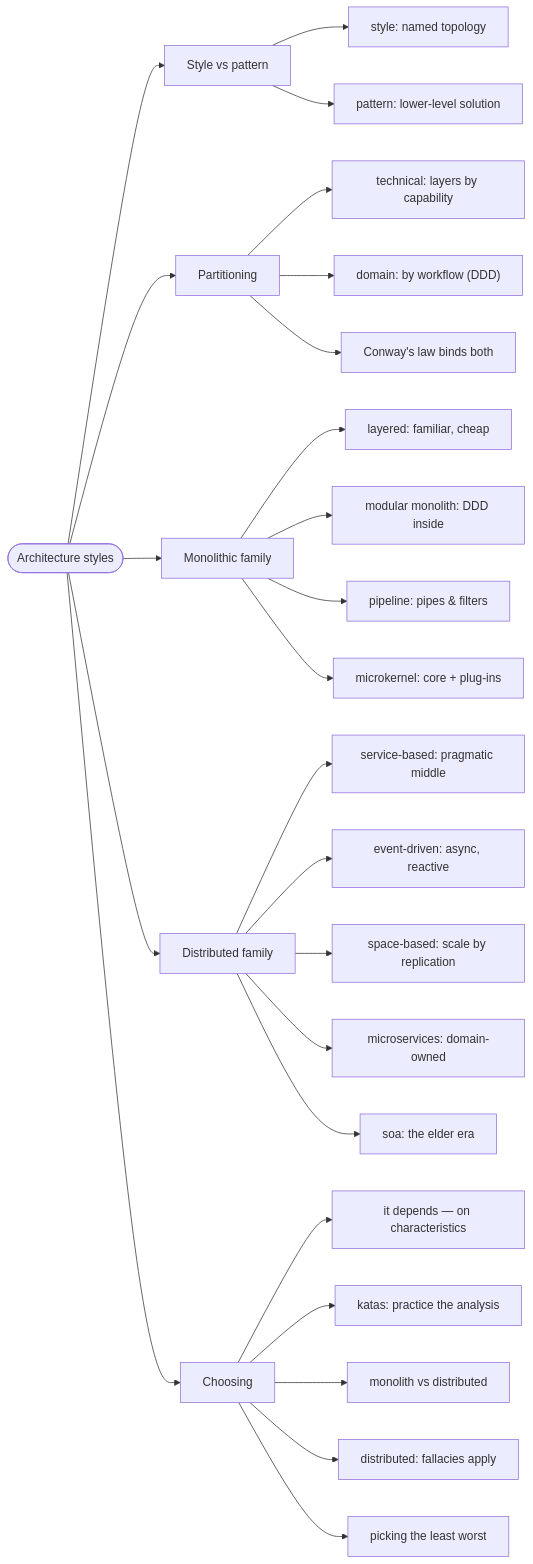
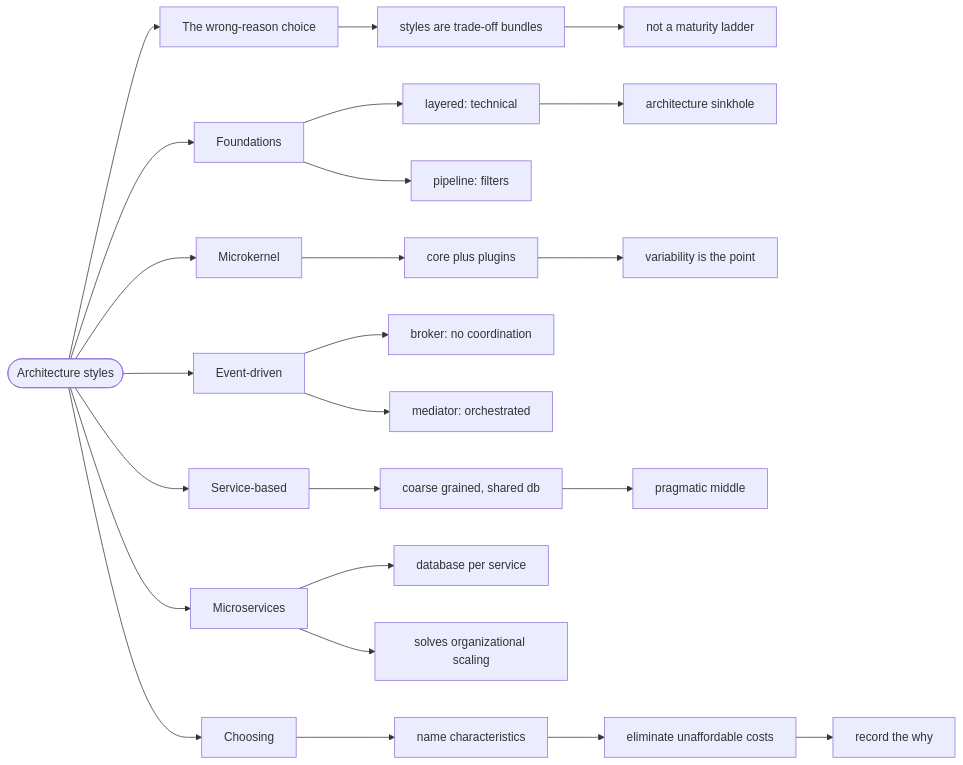
Before and after one commit to 42WASD/42wasd-community-web: the diagram in docs/knowledge/architecture-styles/index.md, drawn with Mermaid. The commit also changed other lines of this file and 36 other files, not shown here.

````diff
--- a/docs/knowledge/architecture-styles/index.md
+++ b/docs/knowledge/architecture-styles/index.md
@@ -83,52 +125,50 @@
 ```mermaid
 flowchart LR
     n1(["Architecture styles"])
-    n2["Style vs pattern"]
-    n3["style: named topology"]
-    n4["pattern: lower-level solution"]
-    n5["Partitioning"]
-    n6["technical: layers by capability"]
-    n7["domain: by workflow (DDD)"]
-    n8["Conway's law binds both"]
-    n9["Monolithic family"]
-    n10["layered: familiar, cheap"]
-    n11["modular monolith: DDD inside"]
-    n12["pipeline: pipes &amp; filters"]
-    n13["microkernel: core + plug-ins"]
-    n14["Distributed family"]
-    n15["service-based: pragmatic middle"]
-    n16["event-driven: async, reactive"]
-    n17["space-based: scale by replication"]
-    n18["microservices: domain-owned"]
-    n19["soa: the elder era"]
-    n20["Choosing"]
-    n21["it depends — on characteristics"]
-    n22["katas: practice the analysis"]
-    n23["monolith vs distributed"]
-    n24["distributed: fallacies apply"]
-    n25["picking the least worst"]
+    n2["The wrong-reason choice"]
+    n3["styles are trade-off bundles"]
+    n4["not a maturity ladder"]
+    n5["Foundations"]
+    n6["layered: technical"]
+    n7["architecture sinkhole"]
+    n8["pipeline: filters"]
+    n9["Microkernel"]
+    n10["core plus plugins"]
+    n11["variability is the point"]
+    n12["Event-driven"]
+    n13["broker: no coordination"]
+    n14["mediator: orchestrated"]
+    n15["Service-based"]
+    n16["coarse grained, shared db"]
+    n17["pragmatic middle"]
+    n18["Microservices"]
+    n19["database per service"]
+    n20["solves organizational scaling"]
+    n21["Choosing"]
+    n22["name characteristics"]
+    n23["eliminate unaffordable costs"]
+    n24["record the why"]
     n1 --> n2
     n2 --> n3
-    n2 --> n4
+    n3 --> n4
     n1 --> n5
     n5 --> n6
-    n5 --> n7
+    n6 --> n7
     n5 --> n8
     n1 --> n9
     n9 --> n10
-    n9 --> n11
-    n9 --> n12
-    n9 --> n13
-    n1 --> n14
-    n14 --> n15
-    n14 --> n16
-    n14 --> n17
-    n14 --> n18
-    n14 --> n19
-    n1 --> n20
-    n20 --> n21
-    n20 --> n22
-    n20 --> n23
-    n20 --> n24
-    n20 --> n25
+    n10 --> n11
+    n1 --> n12
+    n12 --> n13
+    n12 --> n14
+    n1 --> n15
+    n15 --> n16
+    n16 --> n17
+    n1 --> n18
+    n18 --> n19
+    n18 --> n20
+    n1 --> n21
+    n21 --> n22
+    n22 --> n23
+    n23 --> n24
 ```
````
